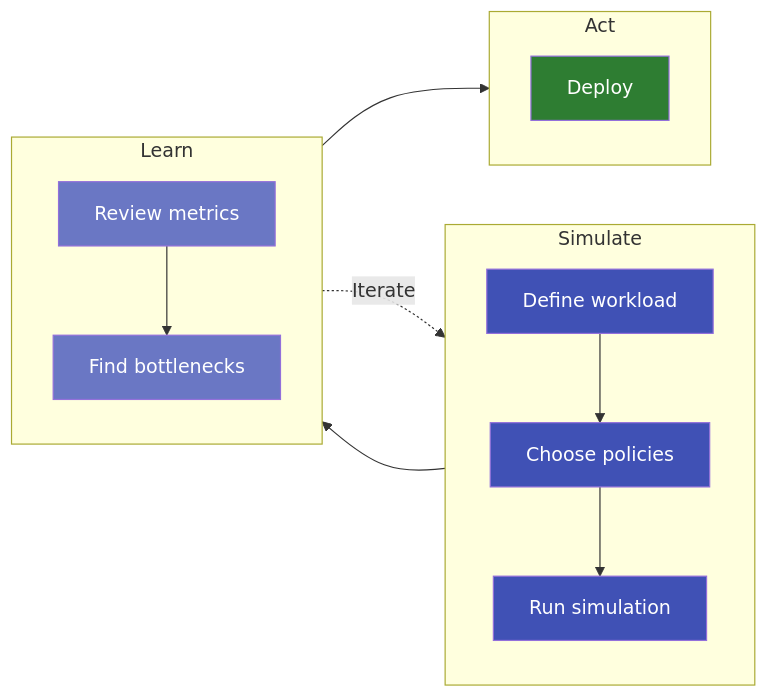
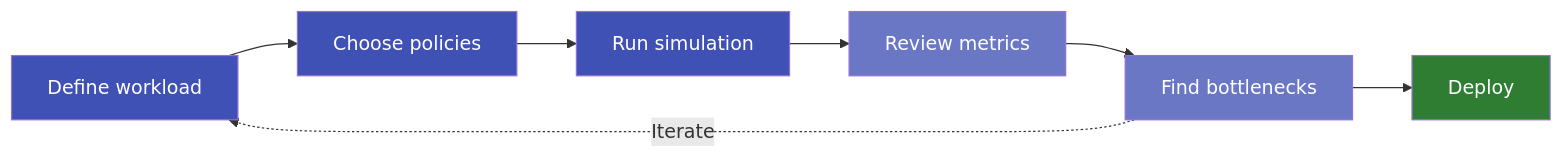
Before and after one commit to inference-sim/inference-sim: the third of 4 diagrams in docs/blog/posts/why-simulate-before-you-scale.md, drawn with Mermaid.

Commit message:
fix(docs): remove subgraph boxes from simulate-learn-act diagram
Use a flat node chain with color-coded phases instead of subgraph
background boxes for a cleaner look.

````diff
--- a/docs/blog/posts/why-simulate-before-you-scale.md
+++ b/docs/blog/posts/why-simulate-before-you-scale.md
@@ -82,24 +82,12 @@
 ```mermaid
 flowchart LR
-    subgraph simulate ["Simulate"]
-        direction TB
-        S1["Define workload"] --> S2["Choose policies"] --> S3["Run simulation"]
-    end
-    subgraph learn ["Learn"]
-        direction TB
-        L1["Review metrics"] --> L2["Find bottlenecks"]
-    end
-    subgraph act ["Act"]
-        A1["Deploy"]
-    end
-
-    simulate --> learn --> act
+    S1["Define workload"] --> S2["Choose policies"] --> S3["Run simulation"] --> L1["Review metrics"] --> L2["Find bottlenecks"] --> A1["Deploy"]
     L2 -.->|"Iterate"| S1
 
     style S1 fill:#4051b5,color:#fff
     style S2 fill:#4051b5,color:#fff
     style S3 fill:#4051b5,color:#fff
     style L1 fill:#6a77c4,color:#fff
     style L2 fill:#6a77c4,color:#fff
     style A1 fill:#2e7d32,color:#fff
 ```
````
